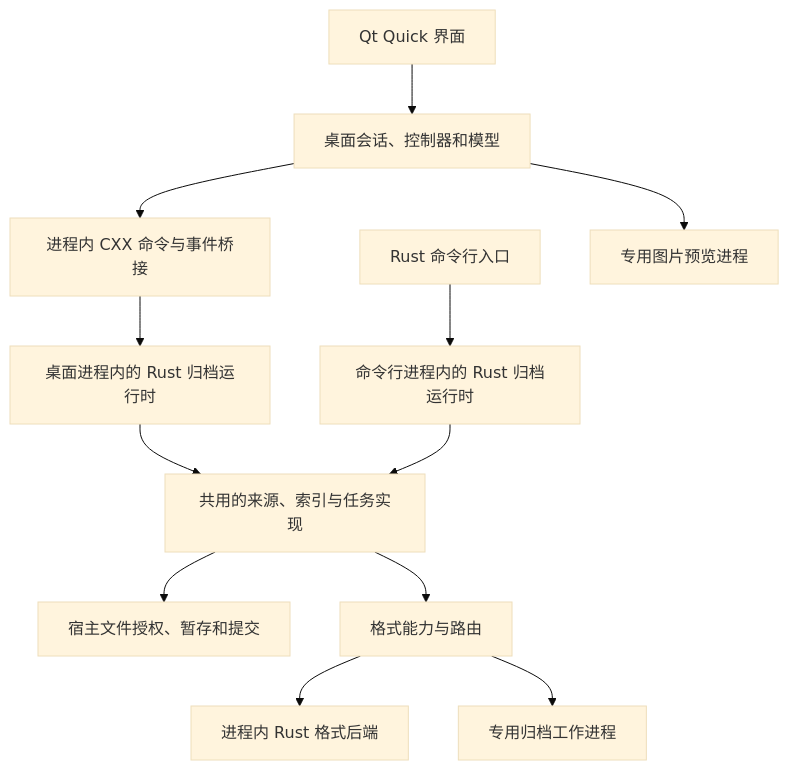
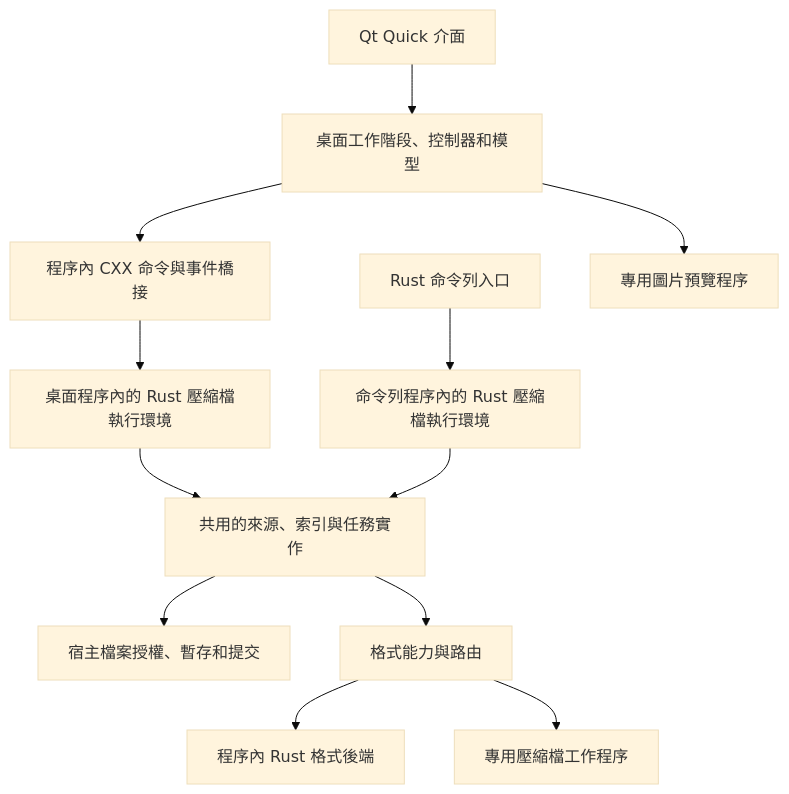
One commit to xiaodaozhi/xdzip changed the first of 2 diagrams in docs/zh-TW/design/system-architecture.md. Above: the diagram before and after it, drawn with Mermaid (base theme). The commit also changed other lines of this file and 12 other files, not shown here.

Commit message:
Correct source digests and review Traditional Chinese diagrams

````diff
--- a/docs/zh-TW/design/system-architecture.md
+++ b/docs/zh-TW/design/system-architecture.md
@@ -13,14 +13,14 @@
 ```mermaid
 flowchart TB
-  UI[Qt Quick 界面] --> CPP[桌面会话、控制器和模型]
-  CPP --> BR[进程内 CXX 命令与事件桥接]
-  BR --> RT[桌面进程内的 Rust 归档运行时]
-  CLI[Rust 命令行入口] --> CLIRT[命令行进程内的 Rust 归档运行时]
-  RT --> CORE[共用的来源、索引与任务实现]
+  UI[Qt Quick 介面] --> CPP[桌面工作階段、控制器和模型]
+  CPP --> BR[程序內 CXX 命令與事件橋接]
+  BR --> RT[桌面程序內的 Rust 壓縮檔執行環境]
+  CLI[Rust 命令列入口] --> CLIRT[命令列程序內的 Rust 壓縮檔執行環境]
+  RT --> CORE[共用的來源、索引與任務實作]
   CLIRT --> CORE
-  CORE --> IO[宿主文件授权、暂存和提交]
-  CORE --> CODEC[格式能力与路由]
-  CODEC --> DIRECT[进程内 Rust 格式后端]
-  CODEC --> NATIVE[专用归档工作进程]
-  CPP --> IMAGE[专用图片预览进程]
+  CORE --> IO[宿主檔案授權、暫存和提交]
+  CORE --> CODEC[格式能力與路由]
+  CODEC --> DIRECT[程序內 Rust 格式後端]
+  CODEC --> NATIVE[專用壓縮檔工作程序]
+  CPP --> IMAGE[專用圖片預覽程序]
 ```
````
